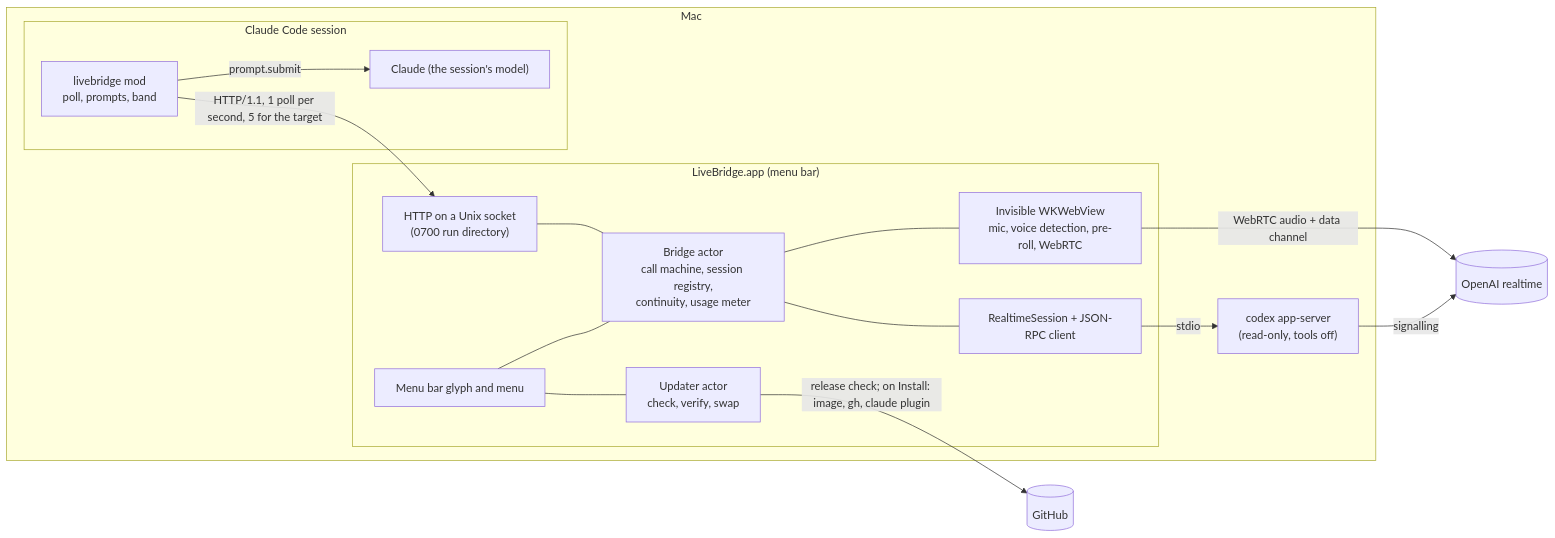
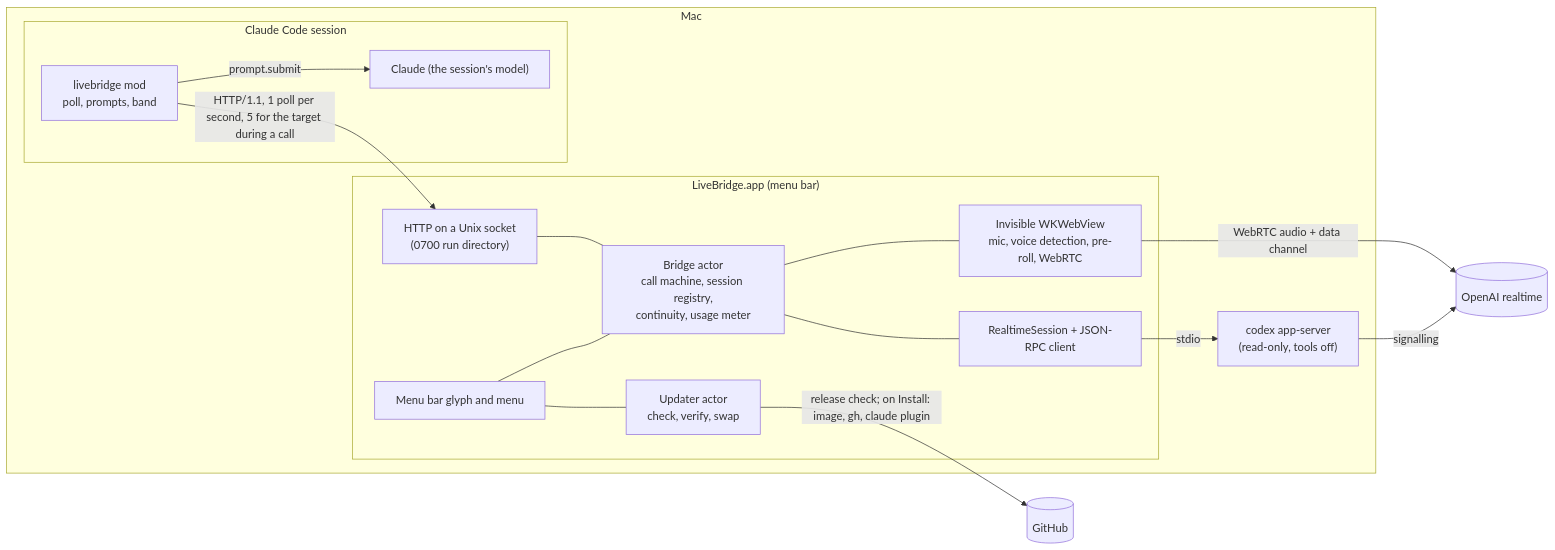
Before and after one commit to Nezhinskiy/claude-gpt-live-bridge: the first of 8 diagrams in docs/architecture/overview.md, drawn with Mermaid. The commit also changed other lines of this file and 9 other files, not shown here.

````diff
--- a/docs/architecture/overview.md
+++ b/docs/architecture/overview.md
@@ -10,31 +10,31 @@
 ```mermaid
 flowchart LR
   subgraph Mac
     subgraph App["LiveBridge.app (menu bar)"]
       UI["Menu bar glyph and menu"]
       Bridge["Bridge actor<br/>call machine, session registry,<br/>continuity, usage meter"]
       Server["HTTP on a Unix socket<br/>(0700 run directory)"]
       Codex["RealtimeSession + JSON-RPC client"]
       Audio["Invisible WKWebView<br/>mic, voice detection, pre-roll, WebRTC"]
       Updater["Updater actor<br/>check, verify, swap"]
     end
     CodexProc["codex app-server<br/>(read-only, tools off)"]
     subgraph Engine["Claude Code session"]
       Mod["livebridge mod<br/>poll, prompts, band"]
       Claude["Claude (the session's model)"]
     end
   end
   OpenAI[("OpenAI realtime")]
   GitHub[("GitHub")]
   UI --- Bridge
   UI --- Updater
   Updater -- "release check; on Install: image, gh, claude plugin" --> GitHub
   Server --- Bridge
   Bridge --- Codex
   Bridge --- Audio
   Codex -- stdio --> CodexProc
   CodexProc -- signalling --> OpenAI
   Audio -- "WebRTC audio + data channel" --> OpenAI
-  Mod -- "HTTP/1.1, 1 poll per second, 5 for the target" --> Server
+  Mod -- "HTTP/1.1, 1 poll per second, 5 for the target during a call" --> Server
   Mod -- "prompt.submit" --> Claude
 ```
````
